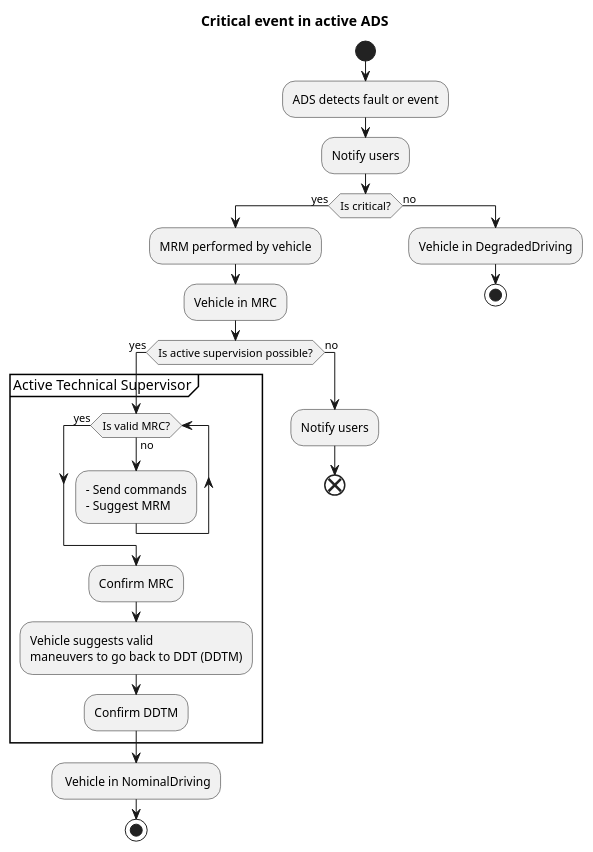
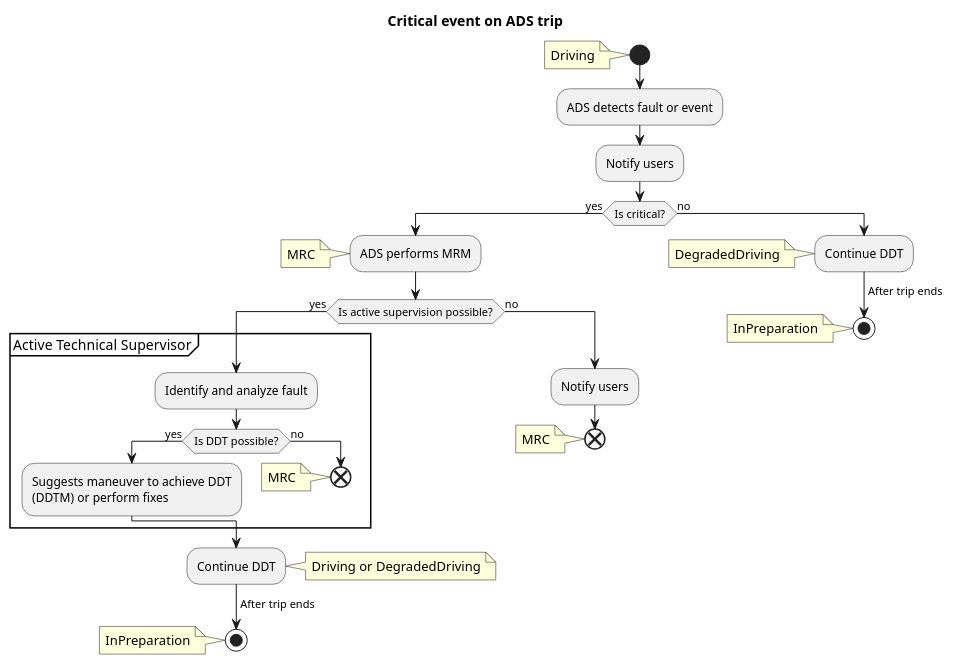
Before and after one commit to bruno-motorai/uml: the diagram in vehicles/elevated_risk_situation_v2.pu, drawn with PlantUML. The commit also changed 2 other files, not shown here.

Commit message:
Clean states diagram; Add car states to ERS diagram

```diff
--- a/vehicles/elevated_risk_situation_v2.pu
+++ b/vehicles/elevated_risk_situation_v2.pu
@@ -1,40 +1,55 @@
 @startuml "ADS fault"
+<style>
+note {
+  .red {
+        BackgroundColor red
+   }
+}
+</style>
+
+skinparam ConditionEndStyle hline
+title Critical event on ADS trip
+
 start
-skinparam ConditionEndStyle hline
-title Critical event in active ADS
+note left: Driving
 
 :ADS detects fault or event;
 :Notify users;
 
-    if (Is critical?) equals(yes) then
-        :MRM performed by vehicle;
-        :Vehicle in MRC;
+if (Is critical?) equals(yes) then
+    :ADS performs MRM;
+    note left: MRC
 
-        if(Is active supervision possible?) equals (yes) then
-            
-            group Active Technical Supervisor
-                while(Is valid MRC?) is (no)
-                    :- Send commands
-                    - Suggest MRM;
-                endwhile (yes)
+    if(Is active supervision possible?) equals (yes) then
 
-                :Confirm MRC;
-                :Vehicle suggests valid 
-                maneuvers to go back to DDT (DDTM);
-                :Confirm DDTM;
-            end group
-            : Vehicle in NominalDriving;
-            stop
-        else (no)
-            label space_label
-            :Notify users;
-            end
-        endif
+        group Active Technical Supervisor
+            :Identify and analyze fault;
 
-    ' Could it be that a vehicle detects a critical flaw, knows what MRMs to perform and he will tell the user???
+            if(Is DDT possible?) equals (yes) then
+                :Suggests maneuver to achieve DDT
+                (DDTM) or perform fixes;
+            else (no)
+                end
+                note left: MRC
+            endif
+        end group
 
+        :Continue DDT;
+        note right: Driving or DegradedDriving
+        -> After trip ends;
+        stop
+        note left: InPreparation
     else (no)
-        :Vehicle in DegradedDriving;
-        stop
+        label space_label
+        :Notify users;
+        end
+        note left: MRC
     endif
+else (no)
+    :Continue DDT;
+    note left: DegradedDriving
+    -> After trip ends;
+    stop
+    note left: InPreparation
+endif
 @enduml
```
